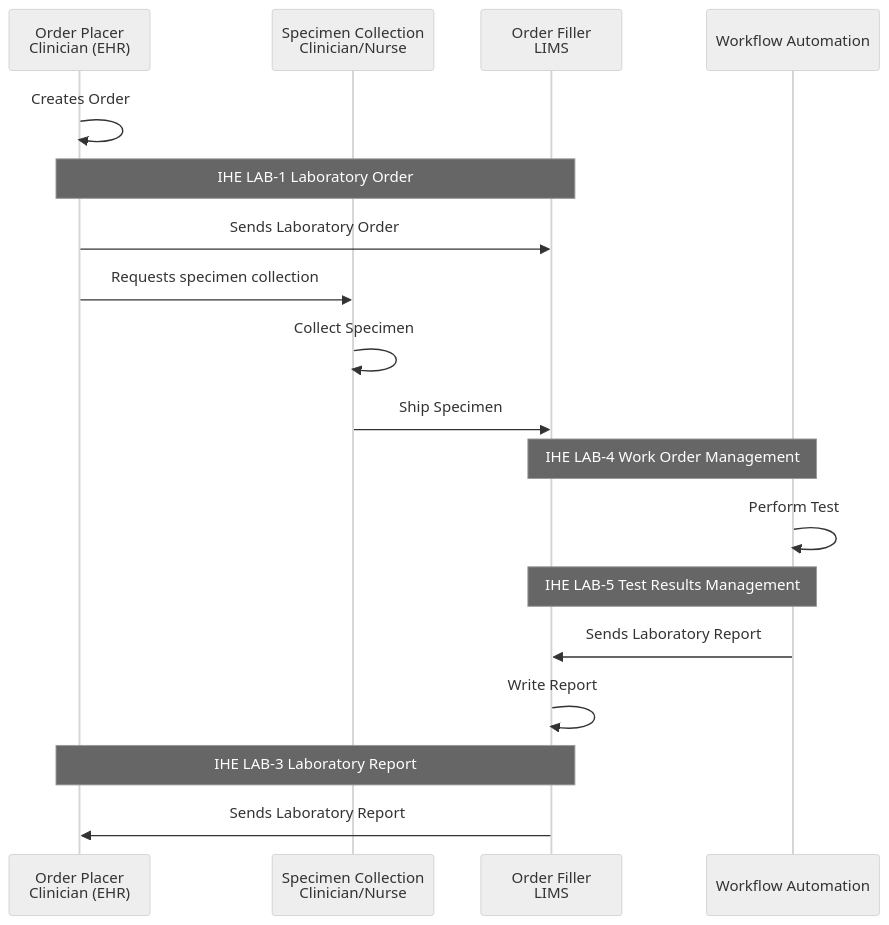
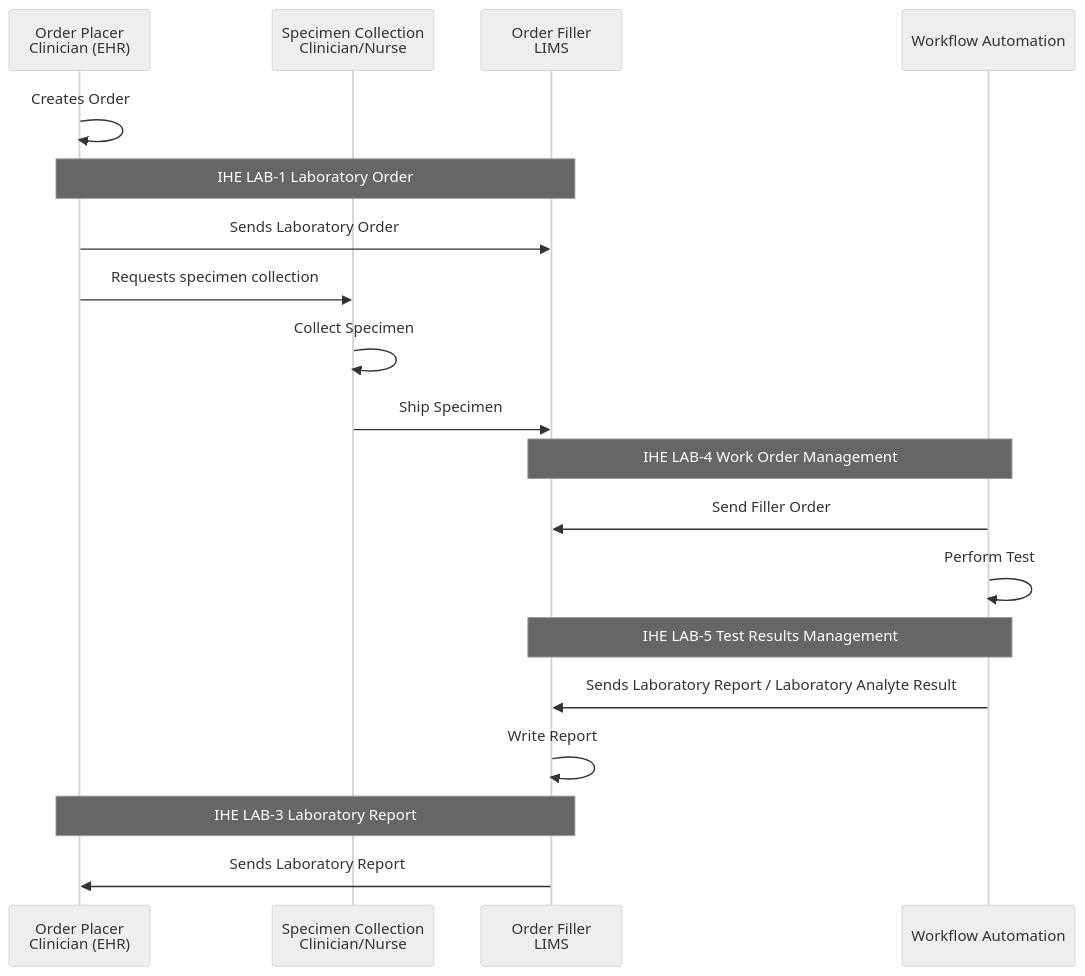
Before and after one commit to nw-gmsa/nw-gmsa.github.com: the eighth of 11 diagrams in input/pagecontent/LTW.md, drawn with Mermaid (neutral theme). The commit also changed 1 other file, not shown here.

Commit message:
ILW and TLW documentation

````diff
--- a/input/pagecontent/LTW.md
+++ b/input/pagecontent/LTW.md
@@ -394,25 +394,26 @@
 ```mermaid
 sequenceDiagram
     participant clinician as Order Placer<br/>Clinician (EHR)
     participant nurse as Specimen Collection<br/>Clinician/Nurse
     participant LIMS as Order Filler<br/>LIMS 
     participant Sub as Workflow Automation
 
     clinician ->> clinician: Creates Order
     note over clinician,LIMS: IHE LAB-1 Laboratory Order
     clinician ->> LIMS: Sends Laboratory Order
     clinician ->> nurse: Requests specimen collection
     nurse ->> nurse: Collect Specimen
     nurse ->> LIMS: Ship Specimen
 
     note over LIMS,Sub: IHE LAB-4 Work Order Management
+    Sub ->> LIMS: Send Filler Order
     Sub ->> Sub : Perform Test
 
     note over LIMS,Sub: IHE LAB-5 Test Results Management
-    Sub ->> LIMS: Sends Laboratory Report
+    Sub ->> LIMS: Sends Laboratory Report / Laboratory Analyte Result
  
     LIMS ->> LIMS: Write Report
  
     note over clinician,LIMS: IHE LAB-3 Laboratory Report
     LIMS ->> clinician: Sends Laboratory Report
 ```
````
